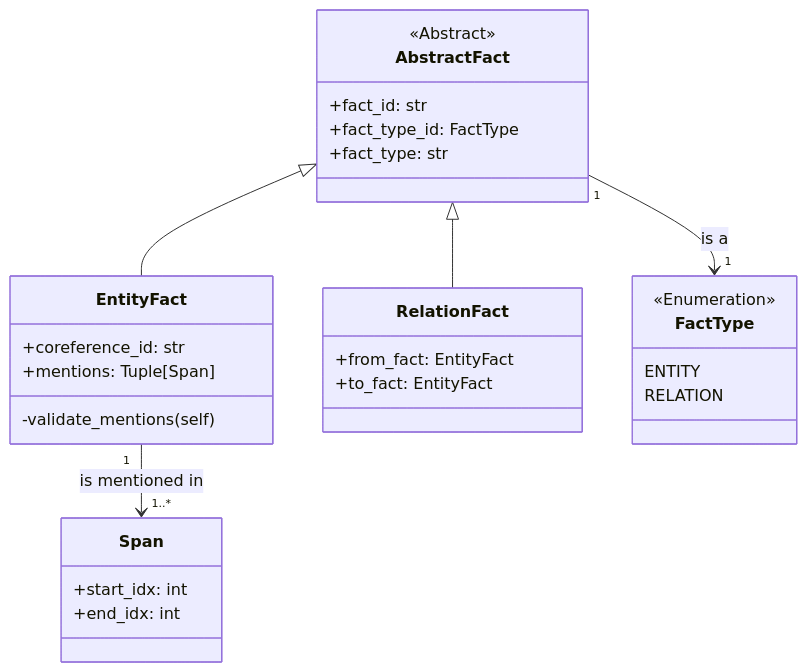
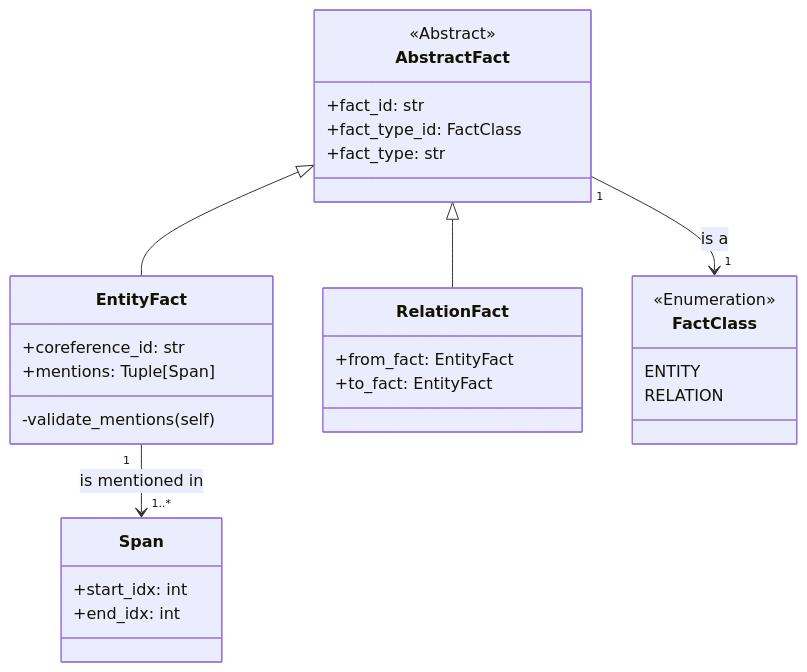
The second of 4 diagrams in README.md (phos-phophy/creed), drawn with Mermaid before and after one commit. The commit also changed other lines of this file and 5 other files, not shown here.

Commit message:
Rename FactType to FactClass

````diff
--- a/README.md
+++ b/README.md
@@ -73,38 +73,38 @@
 ```mermaid
 classDiagram
 direction TB
 
    AbstractFact <|-- EntityFact
    AbstractFact <|-- RelationFact
    EntityFact "1" --> "1..*" Span : is mentioned in
-   AbstractFact "1" --> "1" FactType : is a
+   AbstractFact "1" --> "1" FactClass : is a
    
    class Span:::rect{
       +start_idx: int
       +end_idx: int
    }
    
-   class FactType{
+   class FactClass{
       <<Enumeration>>
       ENTITY
       RELATION
    }
 
    class AbstractFact{
       <<Abstract>> 
       +fact_id: str
-      +fact_type_id: FactType
+      +fact_type_id: FactClass
       +fact_type: str
    }
    
    class EntityFact{
       +coreference_id: str
       +mentions: Tuple[Span]
       -validate_mentions(self)
    }
    
    class RelationFact{
       +from_fact: EntityFact
       +to_fact: EntityFact
    }
 ```
````
